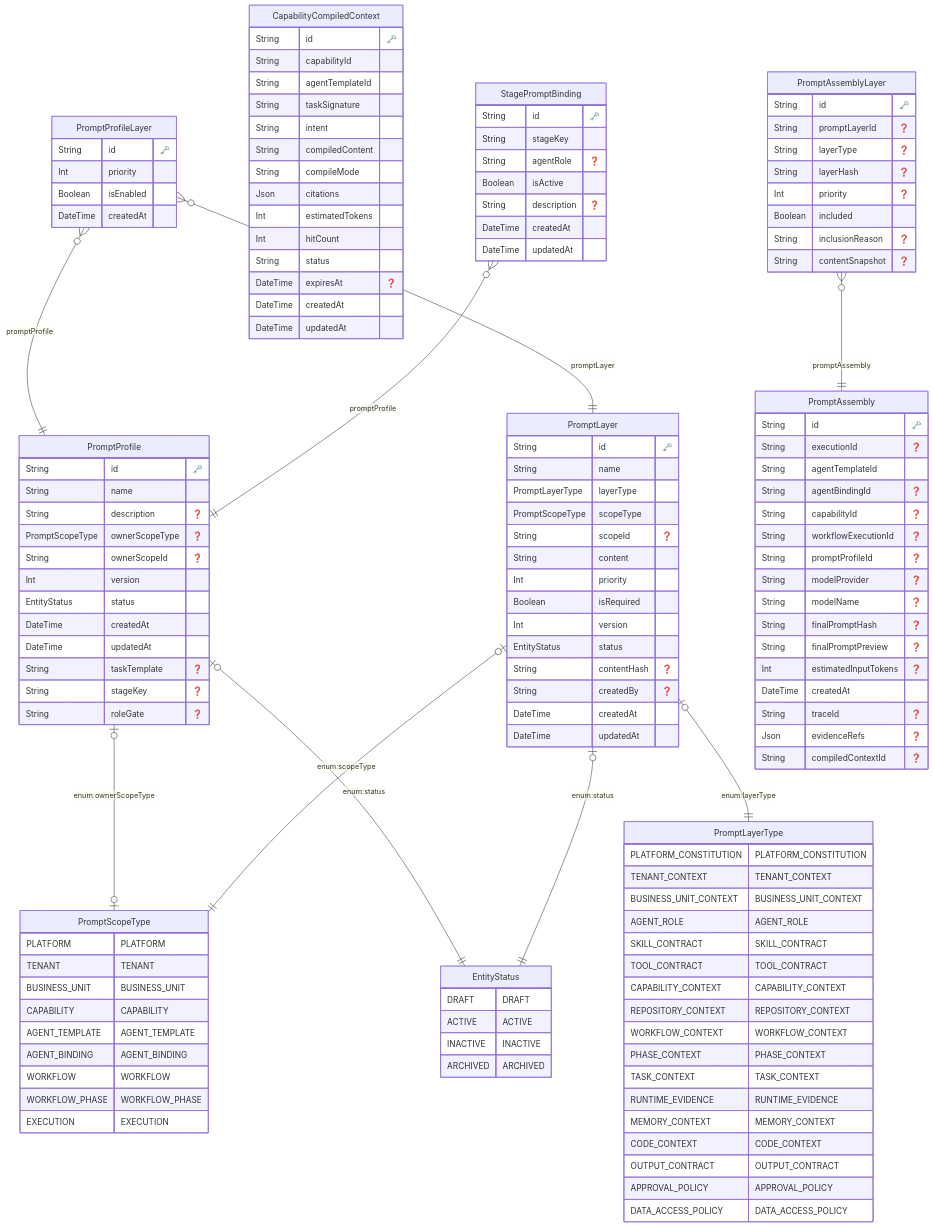
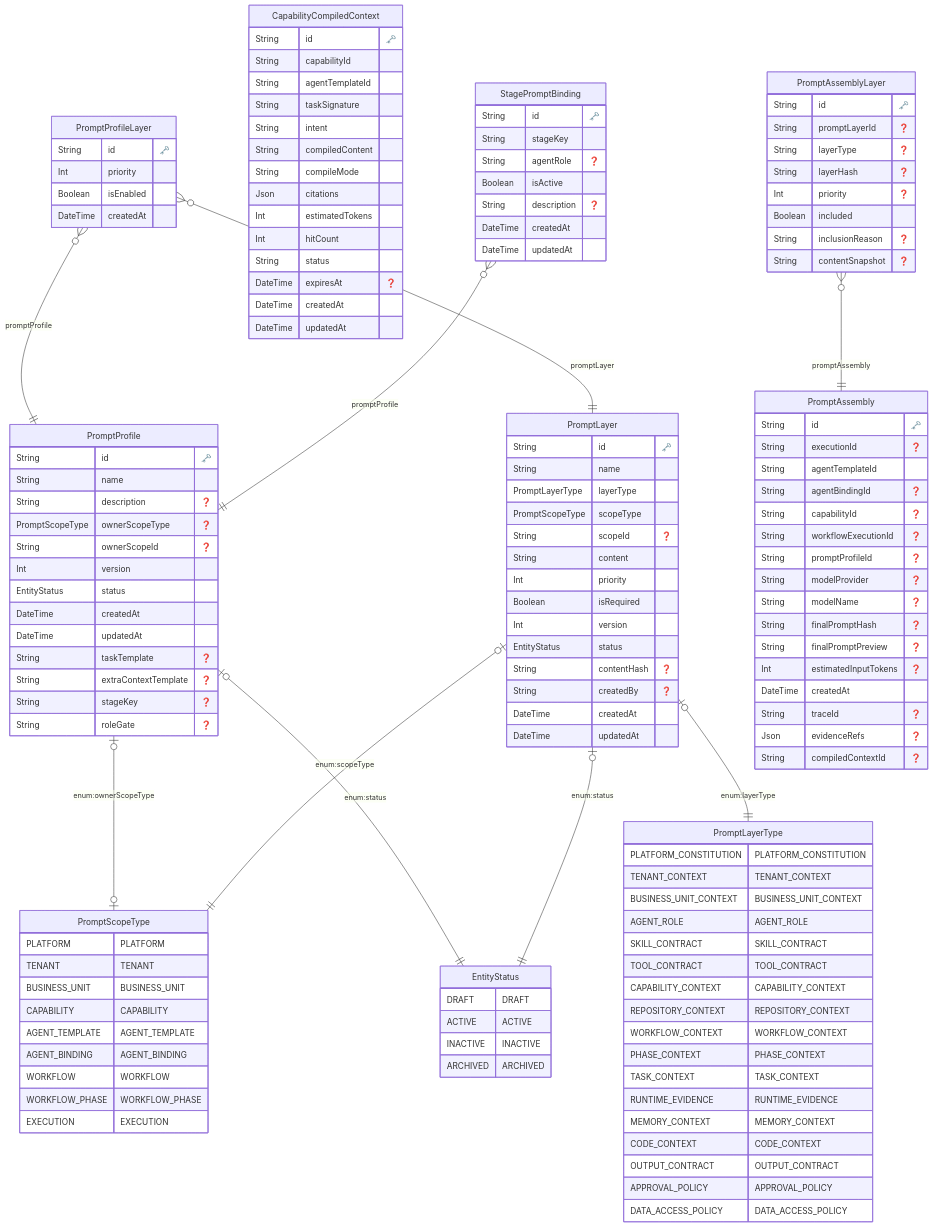
Before and after one commit to ashokraj2011/singularity-platform: the diagram in docs/data-model/03-prompt-composer-owned.md, drawn with Mermaid. The commit also changed 7 other files, not shown here.

```diff
--- a/docs/data-model/03-prompt-composer-owned.md
+++ b/docs/data-model/03-prompt-composer-owned.md
@@ -55,6 +55,7 @@
     DateTime createdAt 
     DateTime updatedAt 
     String taskTemplate "❓"
+    String extraContextTemplate "❓"
     String stageKey "❓"
     String roleGate "❓"
     }
```
